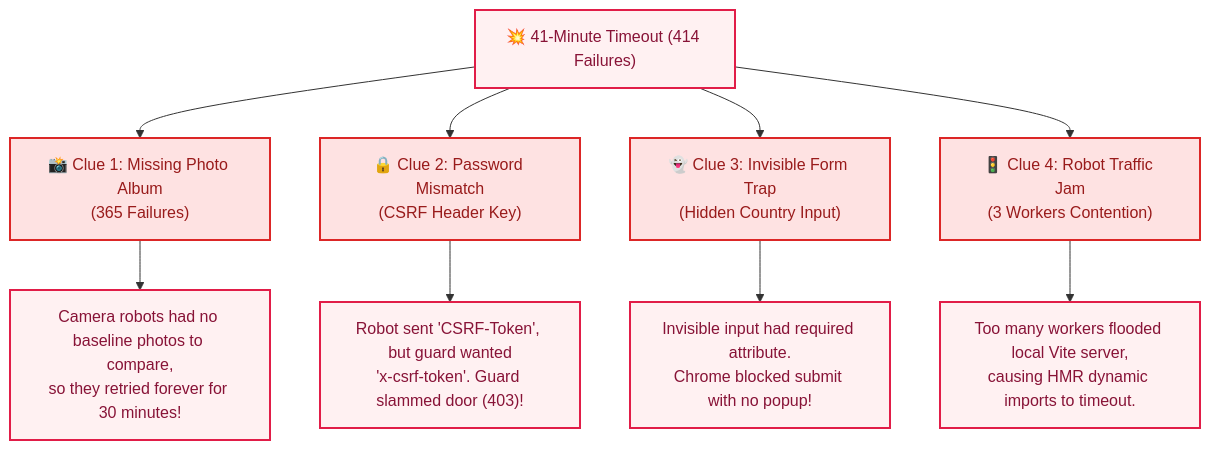
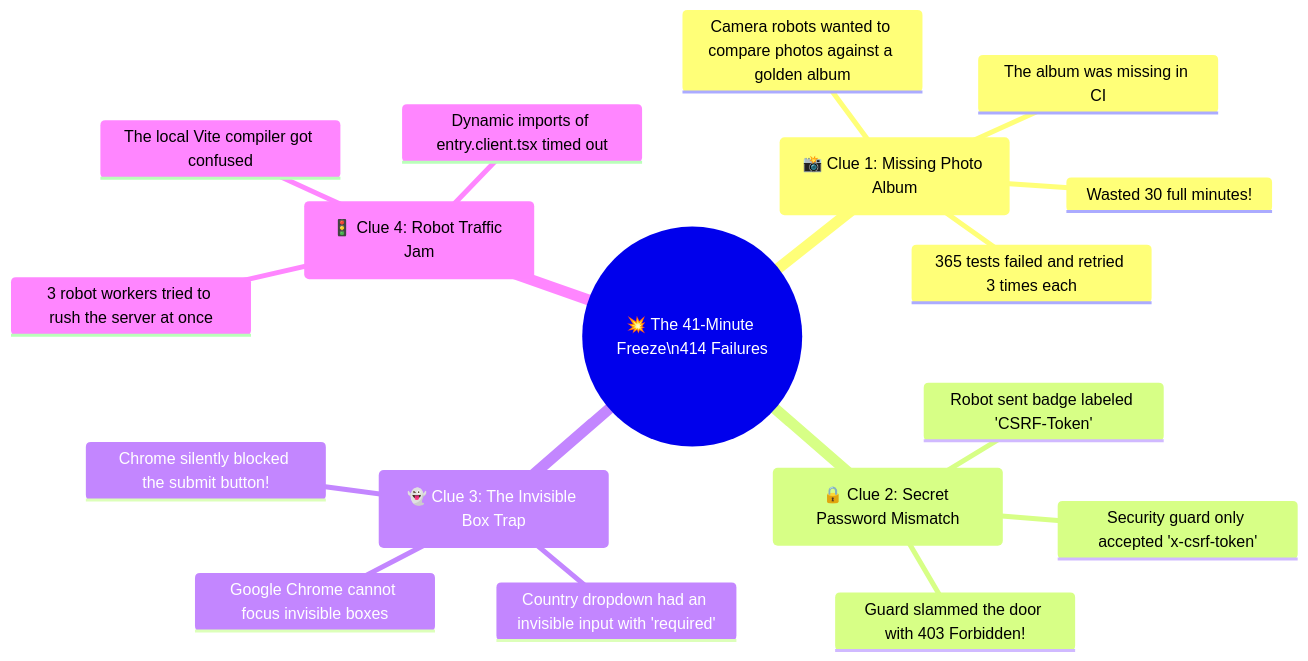
The third of 7 diagrams in docs/reports/E2E_FORENSIC_EXPLAINED_FOR_5TH_GRADERS.md (hateem2121/RUN), drawn with Mermaid before and after one commit. The commit also changed other lines of this file, not shown here.

Commit message:
docs: refine 5th-grader illustrated forensic report with 5 diagrams and full scorecard

````diff
--- a/docs/reports/E2E_FORENSIC_EXPLAINED_FOR_5TH_GRADERS.md
+++ b/docs/reports/E2E_FORENSIC_EXPLAINED_FOR_5TH_GRADERS.md
@@ -101,17 +114,21 @@
 ```mermaid
-flowchart TD
-    classDef trap fill:#fee2e2,stroke:#dc2626,stroke-width:2px,color:#991b1b;
-    classDef impact fill:#fff1f2,stroke:#e11d48,stroke-width:2px,color:#881337;
-
-    Root["💥 41-Minute Timeout (414 Failures)"]:::impact
-
-    Root --> T1["📸 Clue 1: Missing Photo Album\n(365 Failures)"]:::trap
-    Root --> T2["🔒 Clue 2: Password Mismatch\n(CSRF Header Key)"]:::trap
-    Root --> T3["👻 Clue 3: Invisible Form Trap\n(Hidden Country Input)"]:::trap
-    Root --> T4["🚦 Clue 4: Robot Traffic Jam\n(3 Workers Contention)"]:::trap
-
-    T1 --> I1["Camera robots had no baseline photos to compare,\nso they retried forever for 30 minutes!"]:::impact
-    T2 --> I2["Robot sent 'CSRF-Token', but guard wanted\n'x-csrf-token'. Guard slammed door (403)!"]:::impact
-    T3 --> I3["Invisible input had required attribute.\nChrome blocked submit with no popup!"]:::impact
-    T4 --> I4["Too many workers flooded local Vite server,\ncausing HMR dynamic imports to timeout."]:::impact
+mindmap
+  root((💥 The 41-Minute Freeze\n414 Failures))
+    (📸 Clue 1: Missing Photo Album)
+      Camera robots wanted to compare photos against a golden album
+      The album was missing in CI
+      365 tests failed and retried 3 times each
+      Wasted 30 full minutes!
+    (🔒 Clue 2: Secret Password Mismatch)
+      Robot sent badge labeled 'CSRF-Token'
+      Security guard only accepted 'x-csrf-token'
+      Guard slammed the door with 403 Forbidden!
+    (👻 Clue 3: The Invisible Box Trap)
+      Country dropdown had an invisible input with 'required'
+      Google Chrome cannot focus invisible boxes
+      Chrome silently blocked the submit button!
+    (🚦 Clue 4: Robot Traffic Jam)
+      3 robot workers tried to rush the server at once
+      The local Vite compiler got confused
+      Dynamic imports of entry.client.tsx timed out
 ```
````
